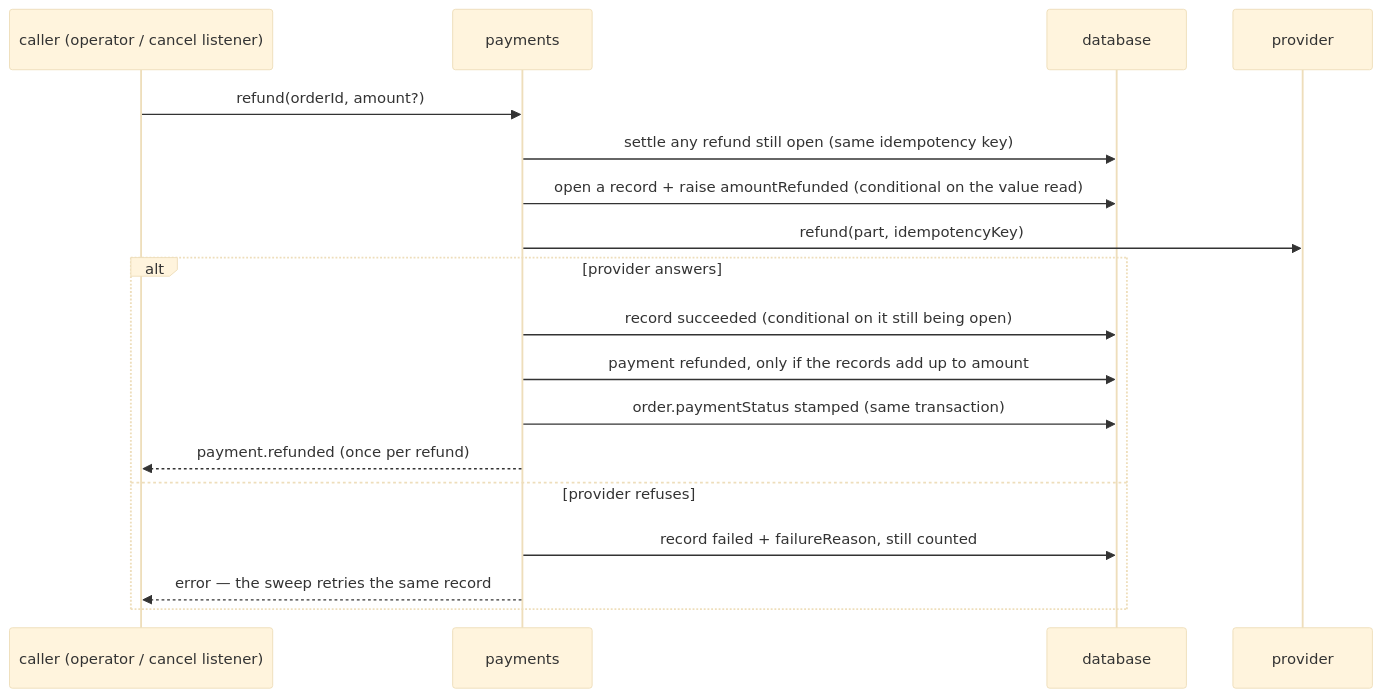
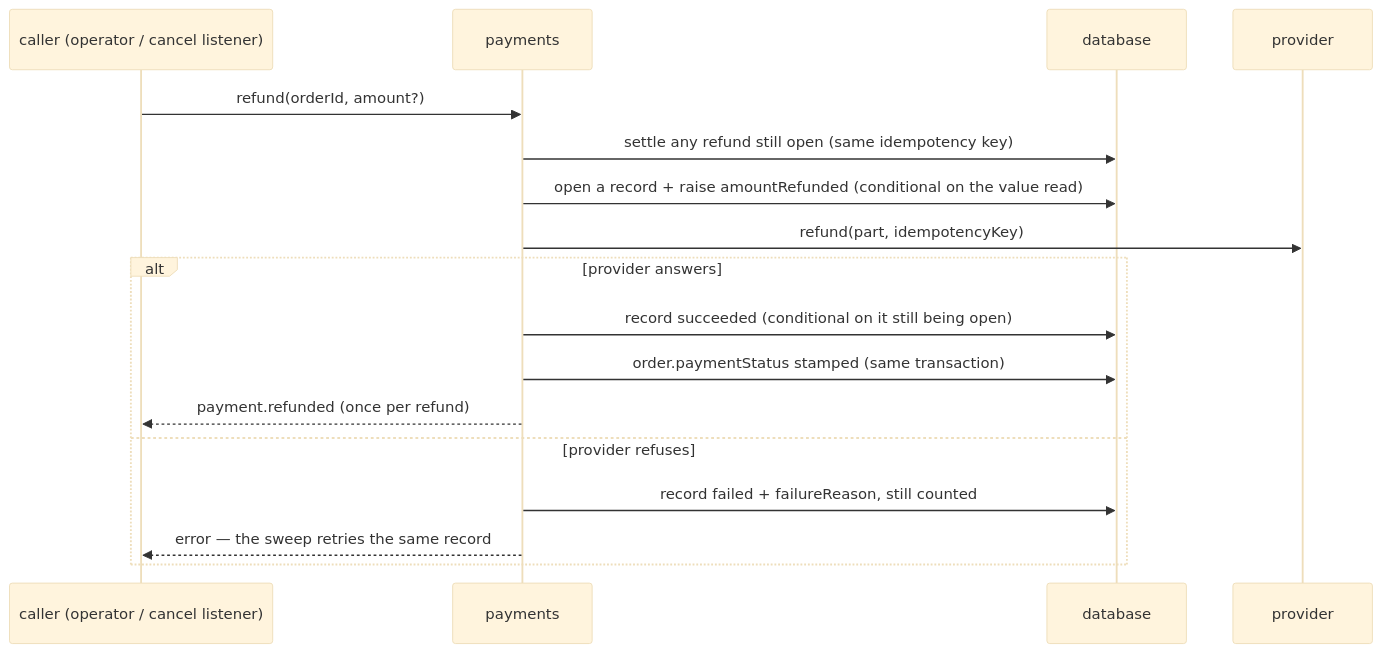
The seventh of 12 diagrams in docs/modules/payments.md (Guebbit/boilerplate-node-backend), drawn with Mermaid (base theme) before and after one commit. The commit also changed other lines of this file and 36 other files, not shown here.

````diff
--- a/docs/modules/payments.md
+++ b/docs/modules/payments.md
@@ -327,20 +342,19 @@
 ```mermaid
 sequenceDiagram
     participant C as caller (operator / cancel listener)
     participant P as payments
     participant D as database
     participant V as provider
     C->>P: refund(orderId, amount?)
     P->>D: settle any refund still open (same idempotency key)
     P->>D: open a record + raise amountRefunded (conditional on the value read)
     P->>V: refund(part, idempotencyKey)
     alt provider answers
         P->>D: record succeeded (conditional on it still being open)
-        P->>D: payment refunded, only if the records add up to amount
         P->>D: order.paymentStatus stamped (same transaction)
         P-->>C: payment.refunded (once per refund)
     else provider refuses
         P->>D: record failed + failureReason, still counted
         P-->>C: error — the sweep retries the same record
     end
 ```
````
